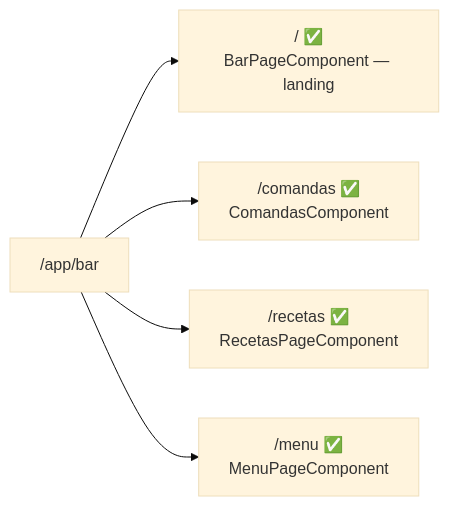
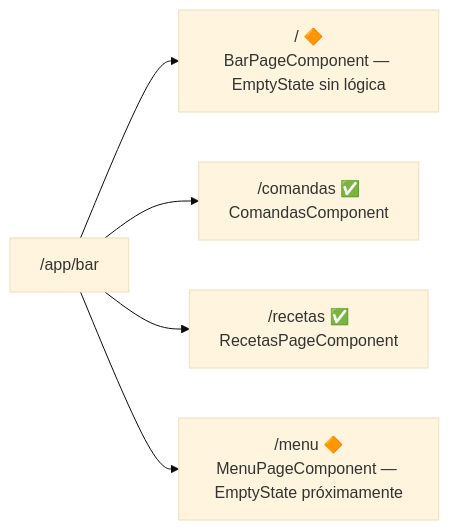
Before and after one commit to Brian7st/GastrosenaFrontend: the seventh of 9 diagrams in .ai/nav-map.md, drawn with Mermaid (base theme). The commit also changed other lines of this file, not shown here.

````diff
--- a/.ai/nav-map.md
+++ b/.ai/nav-map.md
@@ -128,7 +132,7 @@
 ```mermaid
 flowchart LR
-    B["/app/bar"] --> LANDING["/ ✅\nBarPageComponent — landing"]
+    B["/app/bar"] --> LANDING["/ 🔶\nBarPageComponent — EmptyState sin lógica"]
     B --> COMAND["/comandas ✅\nComandasComponent"]
     B --> RECETAS["/recetas ✅\nRecetasPageComponent"]
-    B --> MENU["/menu ✅\nMenuPageComponent"]
+    B --> MENU["/menu 🔶\nMenuPageComponent — EmptyState próximamente"]
 ```
````
